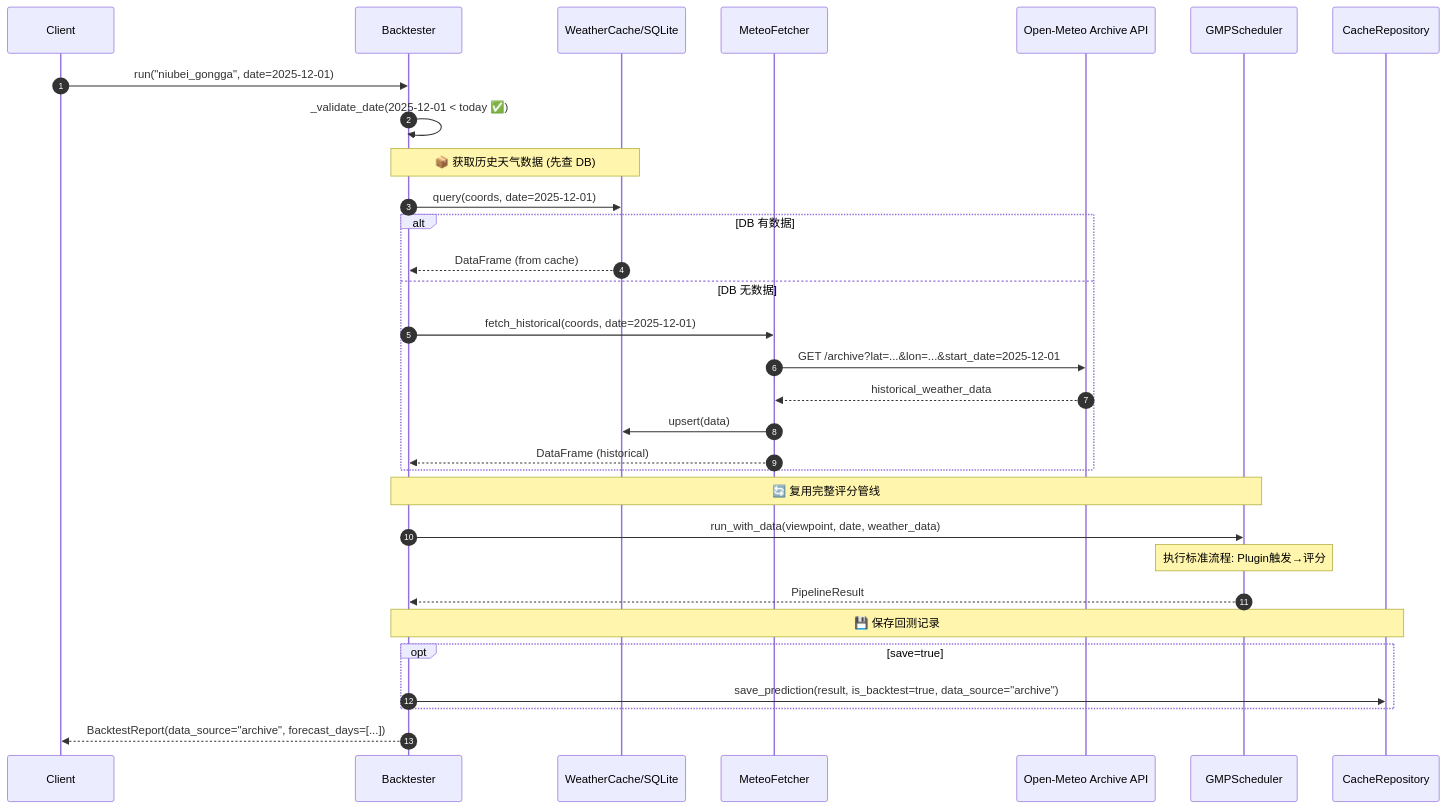
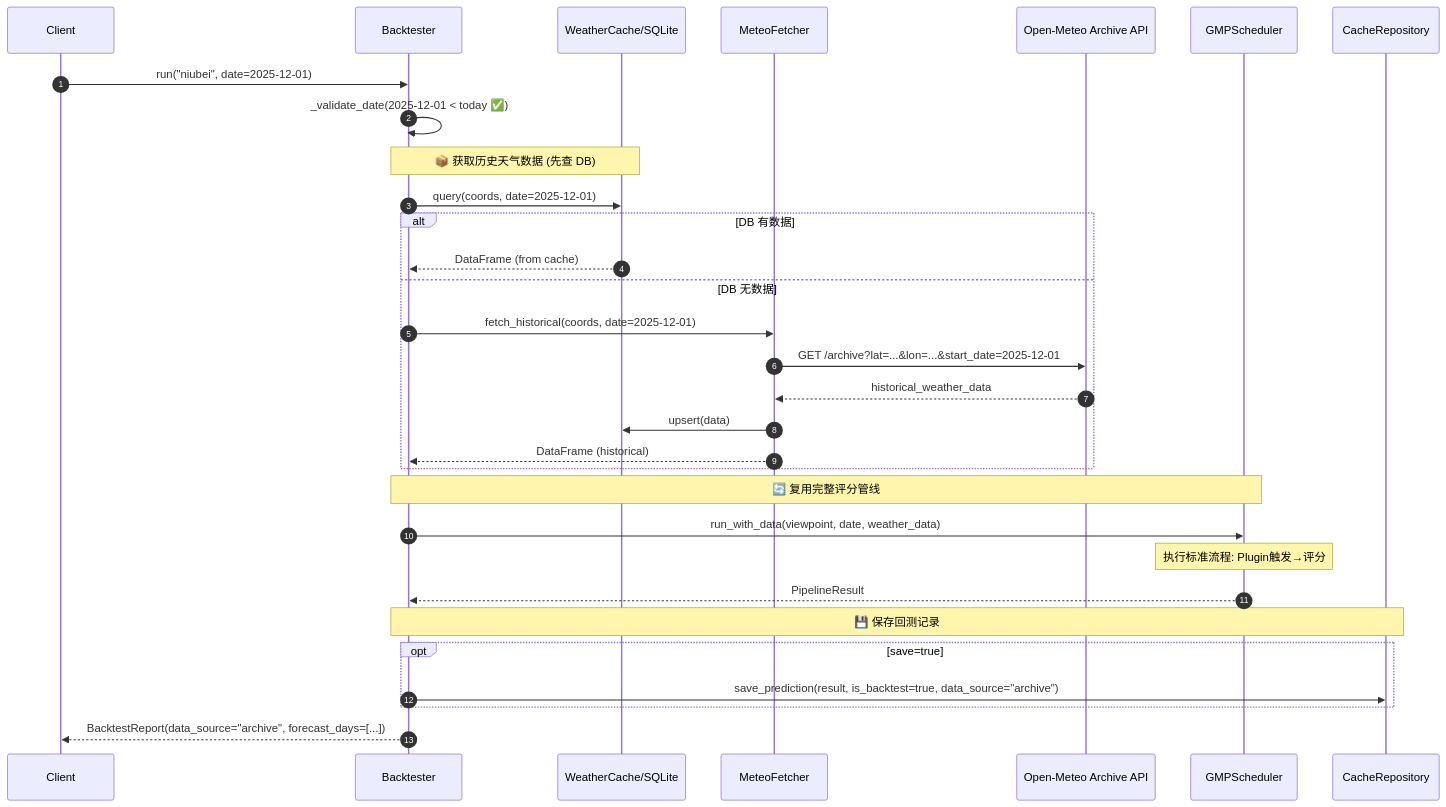
One commit to mpb159753/golden-moment-predictor changed diagram 12 of 12 in design/06-class-sequence.md. Above: the diagram before and after it, drawn with Mermaid. The commit also changed other lines of this file and 81 other files, not shown here.

````diff
--- a/design/06-class-sequence.md
+++ b/design/06-class-sequence.md
@@ -567,38 +567,38 @@
 ```mermaid
 sequenceDiagram
     autonumber
     participant C as Client
     participant B as Backtester
     participant Cache as WeatherCache/SQLite
     participant MF as MeteoFetcher
     participant API as Open-Meteo Archive API
     participant S as GMPScheduler
     participant R as CacheRepository
 
-    C->>B: run("niubei_gongga", date=2025-12-01)
+    C->>B: run("niubei", date=2025-12-01)
     B->>B: _validate_date(2025-12-01 < today ✅)
     
     Note over B,Cache: 📦 获取历史天气数据 (先查 DB)
     B->>Cache: query(coords, date=2025-12-01)
     alt DB 有数据
         Cache-->>B: DataFrame (from cache)
     else DB 无数据
         B->>MF: fetch_historical(coords, date=2025-12-01)
         MF->>API: GET /archive?lat=...&lon=...&start_date=2025-12-01
         API-->>MF: historical_weather_data
         MF->>Cache: upsert(data)
         MF-->>B: DataFrame (historical)
     end
 
     Note over B,S: 🔄 复用完整评分管线
     B->>S: run_with_data(viewpoint, date, weather_data)
     Note over S: 执行标准流程: Plugin触发→评分
     S-->>B: PipelineResult
 
     Note over B,R: 💾 保存回测记录
     opt save=true
         B->>R: save_prediction(result, is_backtest=true, data_source="archive")
     end
 
     B-->>C: BacktestReport(data_source="archive", forecast_days=[...])
 ```
````
